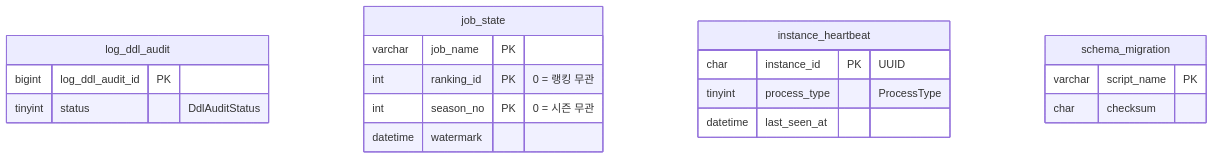
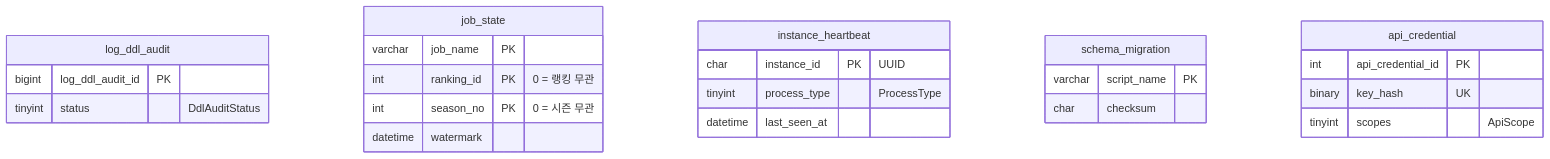
Before and after one commit to trisakion0500/podium-de: the second of 6 diagrams in docs/04_SCHEMA.md, drawn with Mermaid. The commit also changed other lines of this file and 4 other files, not shown here.

````diff
--- a/docs/04_SCHEMA.md
+++ b/docs/04_SCHEMA.md
@@ -127,22 +128,27 @@
 ```mermaid
 erDiagram
     log_ddl_audit {
         bigint log_ddl_audit_id PK
         tinyint status "DdlAuditStatus"
     }
     job_state {
         varchar job_name PK
         int ranking_id PK "0 = 랭킹 무관"
         int season_no PK "0 = 시즌 무관"
         datetime watermark
     }
     instance_heartbeat {
         char instance_id PK "UUID"
         tinyint process_type "ProcessType"
         datetime last_seen_at
     }
     schema_migration {
         varchar script_name PK
         char checksum
     }
+    api_credential {
+        int api_credential_id PK
+        binary key_hash UK
+        tinyint scopes "ApiScope"
+    }
 ```
````
